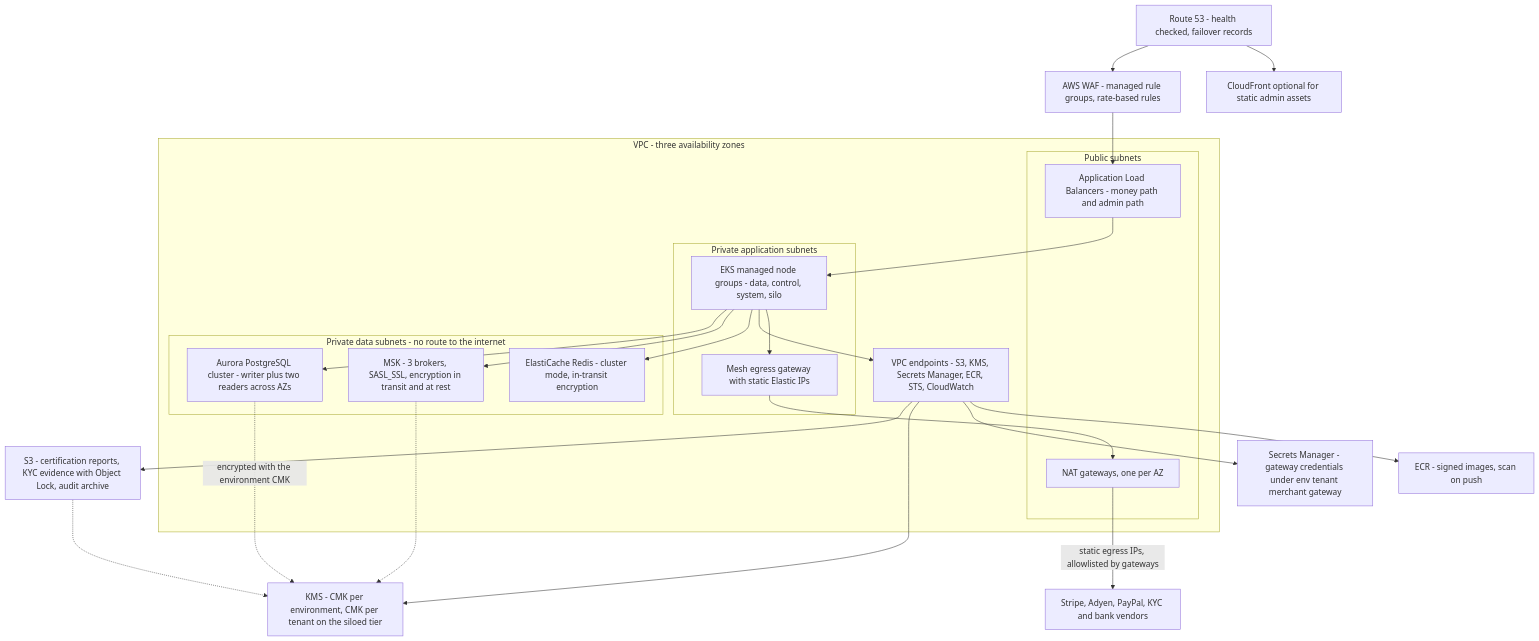
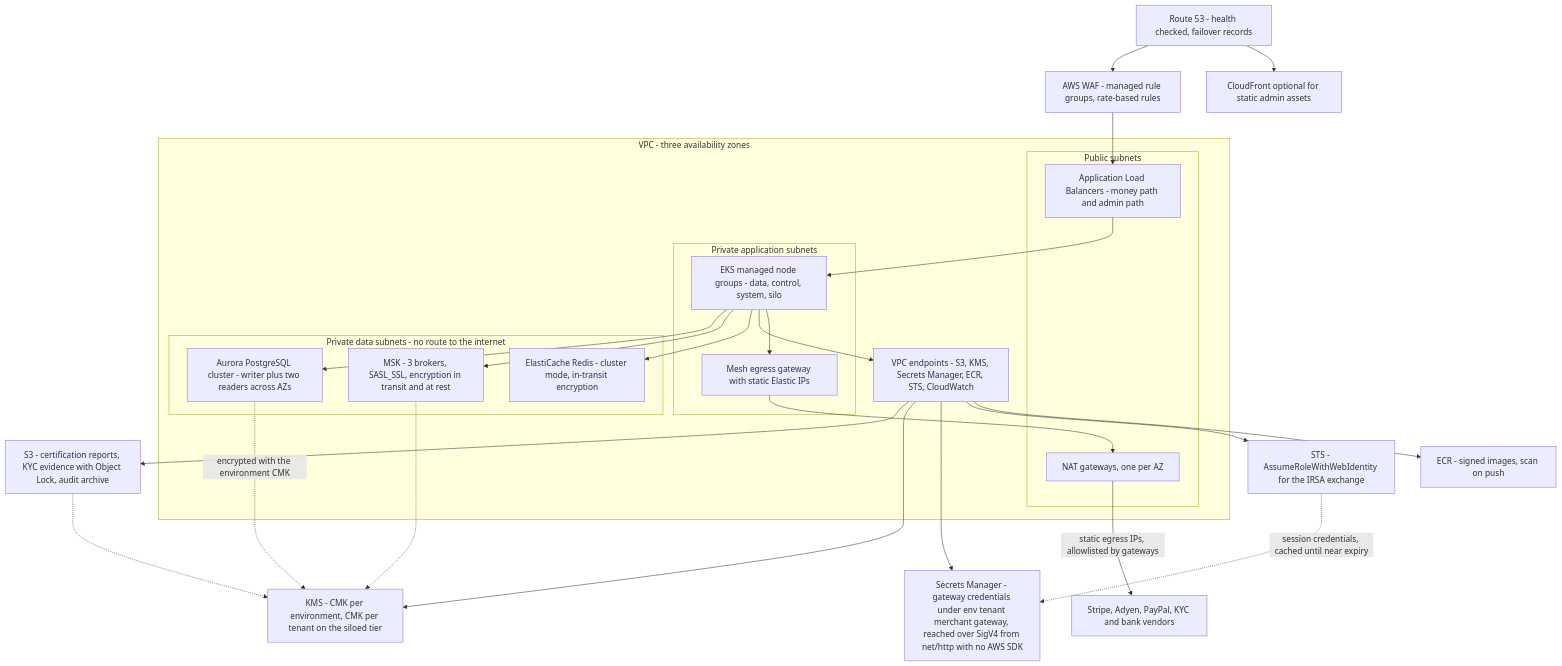
One commit to udaykishore-resu/payments-platform changed the first of 2 diagrams in docs/diagrams/16-aws-architecture.md. Above: the diagram before and after it, drawn with Mermaid. The commit also changed other lines of this file and 67 other files, not shown here.

````diff
--- a/docs/diagrams/16-aws-architecture.md
+++ b/docs/diagrams/16-aws-architecture.md
@@ -14,45 +14,48 @@
 ```mermaid
 flowchart TB
   R53["Route 53 - health checked, failover records"]
   CF["CloudFront optional for static admin assets"]
   WAF["AWS WAF - managed rule groups, rate-based rules"]
 
   subgraph VPC["VPC - three availability zones"]
     subgraph PUB["Public subnets"]
       ALB["Application Load Balancers - money path and admin path"]
       NAT["NAT gateways, one per AZ"]
     end
     subgraph PRIV["Private application subnets"]
       EKS["EKS managed node groups - data, control, system, silo"]
       EGW["Mesh egress gateway with static Elastic IPs"]
     end
     subgraph DATA["Private data subnets - no route to the internet"]
       AUR["Aurora PostgreSQL cluster - writer plus two readers across AZs"]
       MSK["MSK - 3 brokers, SASL_SSL, encryption in transit and at rest"]
       REDIS["ElastiCache Redis - cluster mode, in-transit encryption"]
     end
     VPCE["VPC endpoints - S3, KMS, Secrets Manager, ECR, STS, CloudWatch"]
   end
 
   S3["S3 - certification reports, KYC evidence with Object Lock, audit archive"]
   KMS["KMS - CMK per environment, CMK per tenant on the siloed tier"]
-  SM["Secrets Manager - gateway credentials under env tenant merchant gateway"]
+  SM["Secrets Manager - gateway credentials under env tenant merchant gateway, reached over SigV4 from net/http with no AWS SDK"]
+  STS["STS - AssumeRoleWithWebIdentity for the IRSA exchange"]
   ECR["ECR - signed images, scan on push"]
 
   R53 --> WAF --> ALB
   R53 --> CF
   ALB --> EKS
   EKS --> AUR
   EKS --> MSK
   EKS --> REDIS
   EKS --> VPCE
   VPCE --> S3
   VPCE --> KMS
   VPCE --> SM
+  VPCE --> STS
   VPCE --> ECR
+  STS -.->|"session credentials, cached until near expiry"| SM
   EKS --> EGW --> NAT
   NAT -->|"static egress IPs, allowlisted by gateways"| EXT["Stripe, Adyen, PayPal, KYC and bank vendors"]
   AUR -.->|"encrypted with the environment CMK"| KMS
   S3 -.-> KMS
   MSK -.-> KMS
 ```
````
